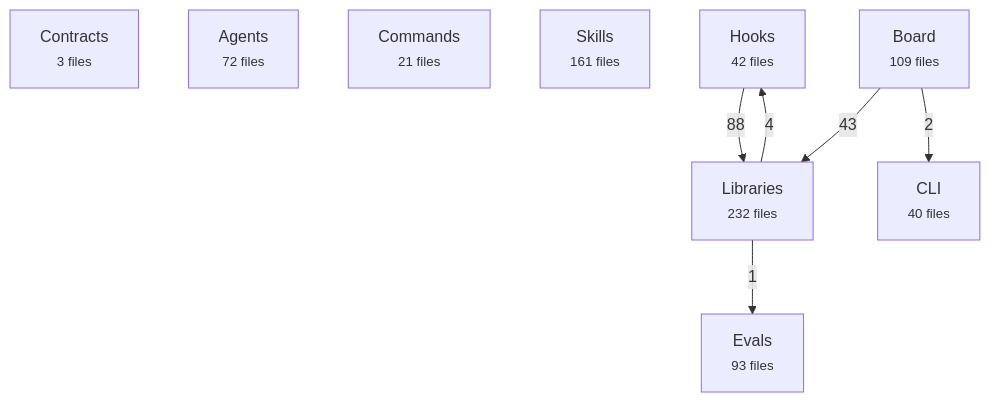
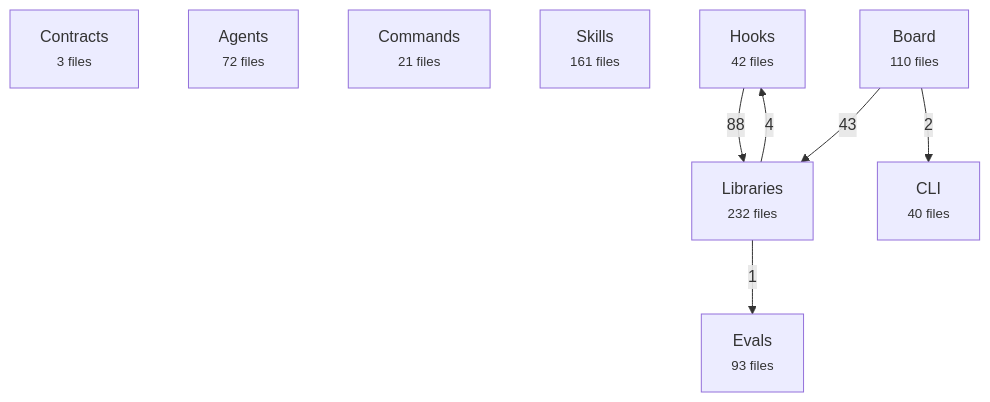
Before and after one commit to avelikiy/great_cto: the first of 2 diagrams in docs/reference/architecture-map.md, drawn with Mermaid. The commit also changed other lines of this file and 9 other files, not shown here.

````diff
--- a/docs/reference/architecture-map.md
+++ b/docs/reference/architecture-map.md
@@ -20,17 +20,17 @@
 ```mermaid
 flowchart TD
   contracts["Contracts<br/><small>3 files</small>"]
   agents["Agents<br/><small>72 files</small>"]
   commands["Commands<br/><small>21 files</small>"]
   skills["Skills<br/><small>161 files</small>"]
   hooks["Hooks<br/><small>42 files</small>"]
   libs["Libraries<br/><small>232 files</small>"]
-  board["Board<br/><small>109 files</small>"]
+  board["Board<br/><small>110 files</small>"]
   cli["CLI<br/><small>40 files</small>"]
   evals["Evals<br/><small>93 files</small>"]
   hooks -->|88| libs
   board -->|43| libs
   libs -->|4| hooks
   board -->|2| cli
   libs -->|1| evals
 ```
````
